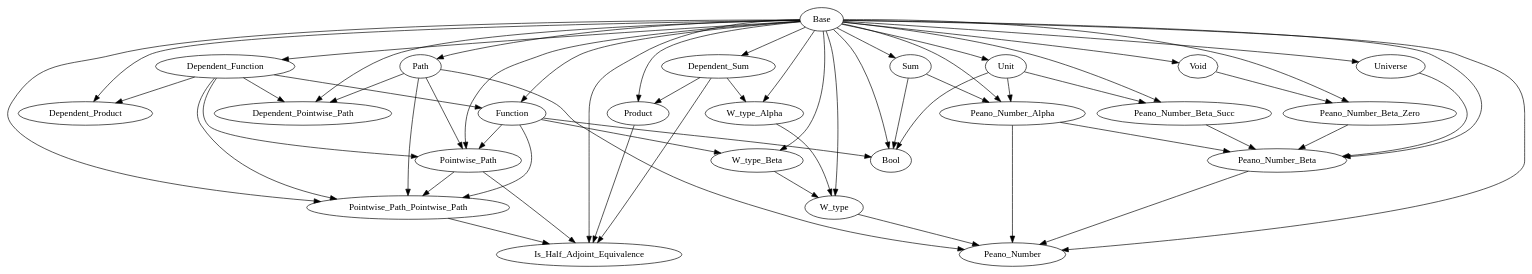
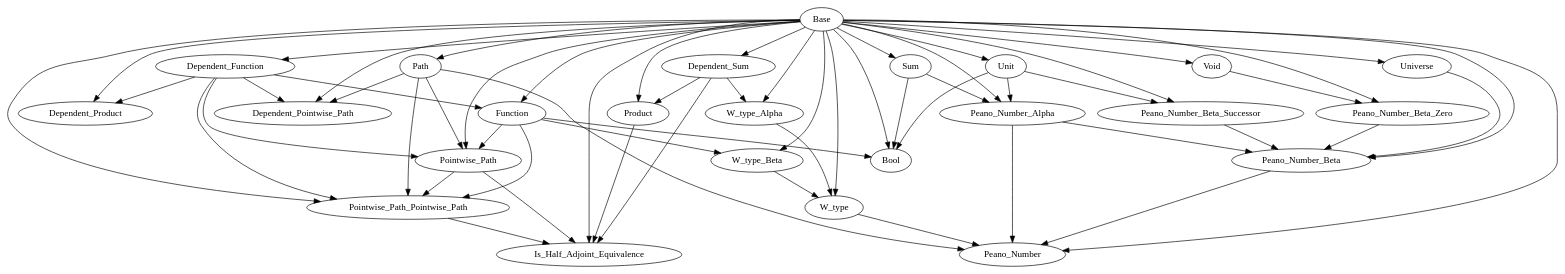
Before and after one commit to Hexirp/googology-in-coq: the diagram in libraries/dependencies.gv, drawn with Graphviz. The commit also changed 4 other files, not shown here.

Commit message:
Update: Peano_Number_Beta_Succ の名前を Peano_Number_Beta_Successor に変更する

```diff
--- a/libraries/dependencies.gv
+++ b/libraries/dependencies.gv
@@ -1,84 +1,84 @@
 digraph Dependencies {
   # Base
   # Dependent_Function
   "Base" -> "Dependent_Function";
   # Function
   "Base" -> "Function";
   "Dependent_Function" -> "Function";
   # Dependent_Product
   "Base" -> "Dependent_Product";
   "Dependent_Function" -> "Dependent_Product";
   # Dependent_Sum
   "Base" -> "Dependent_Sum";
   # Product
   "Base" -> "Product";
   "Dependent_Sum" -> "Product";
   # Sum
   "Base" -> "Sum";
   # Unit
   "Base" -> "Unit";
   # Void
   "Base" -> "Void";
   # W_type_Alpha
   "Base" -> "W_type_Alpha";
   "Dependent_Sum" -> "W_type_Alpha";
   # W_type_Beta
   "Base" -> "W_type_Beta";
   "Function" -> "W_type_Beta";
   # W_type
   "Base" -> "W_type";
   "W_type_Alpha" -> "W_type";
   "W_type_Beta" -> "W_type";
   # Universe
   "Base" -> "Universe";
   # Path
   "Base" -> "Path";
   # Dependent_Pointwise_Path
   "Base" -> "Dependent_Pointwise_Path";
   "Dependent_Function" -> "Dependent_Pointwise_Path";
   "Path" -> "Dependent_Pointwise_Path";
   # Pointwise_Path
   "Base" -> "Pointwise_Path";
   "Dependent_Function" -> "Pointwise_Path";
   "Function" -> "Pointwise_Path";
   "Path" -> "Pointwise_Path";
   # Pointwise_Path_Pointwise_Path
   "Base" -> "Pointwise_Path_Pointwise_Path";
   "Dependent_Function" -> "Pointwise_Path_Pointwise_Path";
   "Function" -> "Pointwise_Path_Pointwise_Path";
   "Path" -> "Pointwise_Path_Pointwise_Path";
   "Pointwise_Path" -> "Pointwise_Path_Pointwise_Path";
   # Is_Half_Adjoint_Equivalence
   "Base" -> "Is_Half_Adjoint_Equivalence";
   "Dependent_Sum" -> "Is_Half_Adjoint_Equivalence";
   "Product" -> "Is_Half_Adjoint_Equivalence";
   "Pointwise_Path" -> "Is_Half_Adjoint_Equivalence";
   "Pointwise_Path_Pointwise_Path" -> "Is_Half_Adjoint_Equivalence";
   # Bool
   "Base" -> "Bool";
   "Function" -> "Bool";
   "Sum" -> "Bool";
   "Unit" -> "Bool";
   # Peano_Number_Alpha
   "Base" -> "Peano_Number_Alpha";
   "Sum" -> "Peano_Number_Alpha";
   "Unit" -> "Peano_Number_Alpha";
   # Peano_Number_Beta_Zero
   "Base" -> "Peano_Number_Beta_Zero";
   "Void" -> "Peano_Number_Beta_Zero";
-  # Peano_Number_Beta_Succ
-  "Base" -> "Peano_Number_Beta_Succ";
-  "Unit" -> "Peano_Number_Beta_Succ";
+  # Peano_Number_Beta_Successor
+  "Base" -> "Peano_Number_Beta_Successor";
+  "Unit" -> "Peano_Number_Beta_Successor";
   # Peano_Number_Beta
   "Base" -> "Peano_Number_Beta";
   "Universe" -> "Peano_Number_Beta";
   "Peano_Number_Alpha" -> "Peano_Number_Beta";
   "Peano_Number_Beta_Zero" -> "Peano_Number_Beta";
-  "Peano_Number_Beta_Succ" -> "Peano_Number_Beta";
+  "Peano_Number_Beta_Successor" -> "Peano_Number_Beta";
   # Peano_Number
   "Base" -> "Peano_Number";
   "W_type" -> "Peano_Number";
   "Path" -> "Peano_Number";
   "Peano_Number_Alpha" -> "Peano_Number";
   "Peano_Number_Beta" -> "Peano_Number";
 }
```
